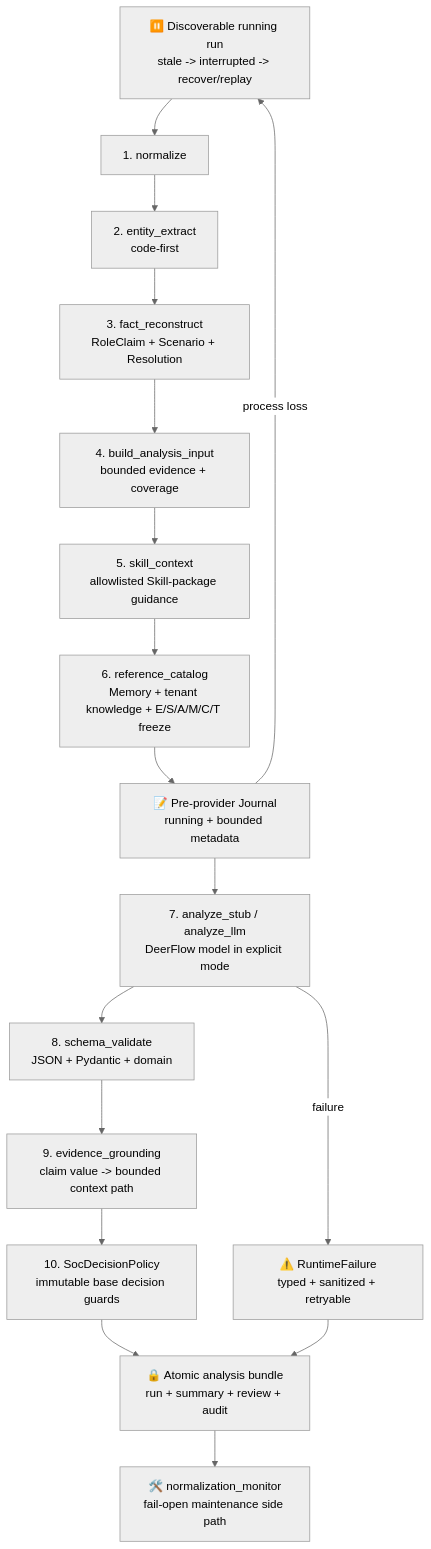
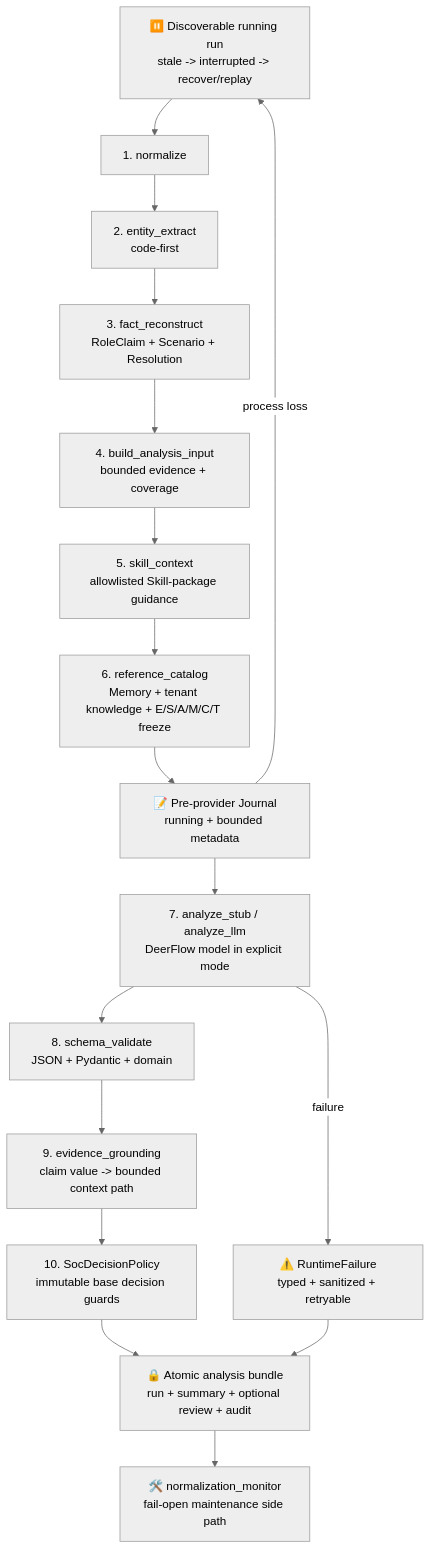
The fourth of 17 diagrams in .notes/ai_soc/soc-agent-solution.md (yydspanda/deer-flow), drawn with Mermaid (neutral theme) before and after one commit. The commit also changed other lines of this file and 83 other files, not shown here.

````diff
--- a/.notes/ai_soc/soc-agent-solution.md
+++ b/.notes/ai_soc/soc-agent-solution.md
@@ -333,19 +343,19 @@
 ```mermaid
 flowchart TD
     I["🧾 Raw Alert Payload"] --> N["1. normalize"]
     N --> X["2. entity_extract<br/>code-first"]
     X --> F["3. fact_reconstruct<br/>RoleClaim + Scenario + Resolution"]
     F --> B["4. build_analysis_input<br/>bounded evidence + coverage"]
     B --> S["5. skill_context<br/>allowlisted Skill-package guidance"]
     S --> C["6. reference_catalog<br/>Memory + tenant knowledge + E/S/A/M/C/T freeze"]
     C --> J["📝 Pre-provider Journal<br/>running + bounded metadata"]
     J --> L["7. analyze_stub / analyze_llm<br/>DeerFlow model in explicit mode"]
     L --> V["8. schema_validate<br/>JSON + Pydantic + domain"]
     V --> G["9. evidence_grounding<br/>claim value -> bounded context path"]
     G --> R["10. SocDecisionPolicy<br/>immutable base decision guards"]
-    R --> P["🔒 Atomic analysis bundle<br/>run + summary + review + audit"]
+    R --> P["🔒 Atomic analysis bundle<br/>run + summary + optional review + audit"]
     L -->|failure| E["⚠️ RuntimeFailure<br/>typed + sanitized + retryable"]
     E --> P
     J -->|process loss| I["⏸️ Discoverable running run<br/>stale -> interrupted -> recover/replay"]
     P --> M["🛠️ normalization_monitor<br/>fail-open maintenance side path"]
 ```
````
